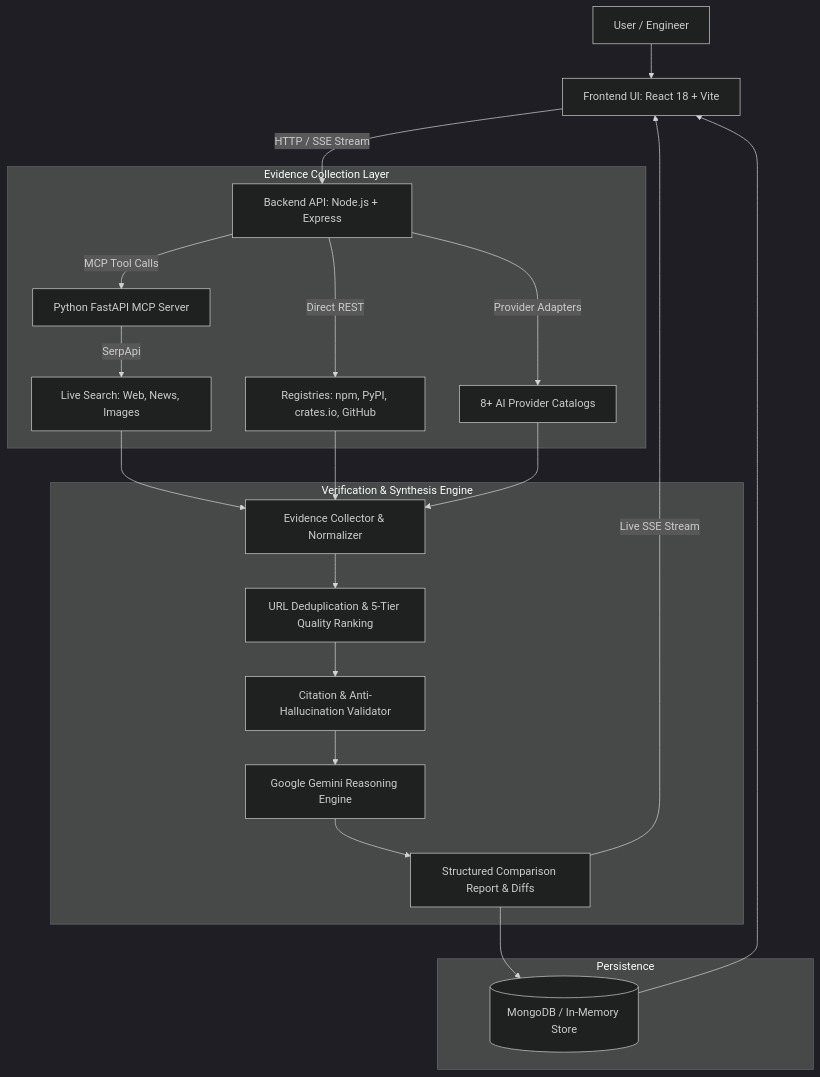
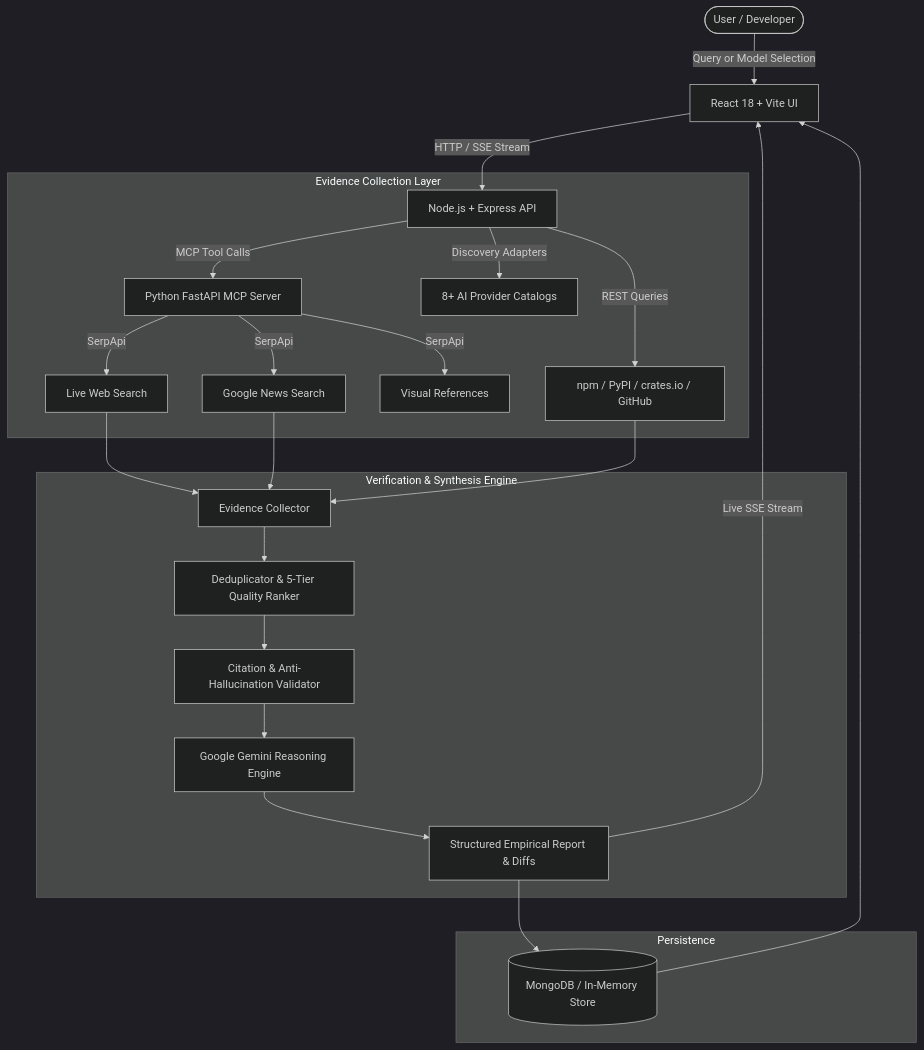
The diagram in README.md (SyedAman1907/Library_Lens), drawn with Mermaid (dark theme) before and after one commit. The commit also changed other lines of this file and 107 other files, not shown here.

````diff
--- a/README.md
+++ b/README.md
@@ -114,27 +57,29 @@
 ```mermaid
 flowchart TD
-    U[User / Engineer] --> F[Frontend UI: React 18 + Vite]
-    F -->|HTTP / SSE Stream| B[Backend API: Node.js + Express]
-    
-    subgraph Evidence_Layer [Evidence Collection Layer]
-        B -->|MCP Tool Calls| M[Python FastAPI MCP Server]
-        M -->|SerpApi| S[Live Search: Web, News, Images]
-        B -->|Direct REST| R[Registries: npm, PyPI, crates.io, GitHub]
-        B -->|Provider Adapters| P[8+ AI Provider Catalogs]
+    User([User / Developer]) -->|Query or Model Selection| Frontend[React 18 + Vite UI]
+    Frontend -->|HTTP / SSE Stream| Backend[Node.js + Express API]
+
+    subgraph Evidence_Layer ["Evidence Collection Layer"]
+        Backend -->|MCP Tool Calls| MCP[Python FastAPI MCP Server]
+        MCP -->|SerpApi| WebSearch[Live Web Search]
+        MCP -->|SerpApi| NewsSearch[Google News Search]
+        MCP -->|SerpApi| ImageSearch[Visual References]
+        Backend -->|REST Queries| Registries[npm / PyPI / crates.io / GitHub]
+        Backend -->|Discovery Adapters| Providers[8+ AI Provider Catalogs]
     end
 
-    subgraph Synthesis_Engine [Verification & Synthesis Engine]
-        S & R & P --> E[Evidence Collector & Normalizer]
-        E --> D[URL Deduplication & 5-Tier Quality Ranking]
-        D --> V[Citation & Anti-Hallucination Validator]
-        V --> G[Google Gemini Reasoning Engine]
-        G --> O[Structured Comparison Report & Diffs]
+    subgraph Synthesis_Engine ["Verification & Synthesis Engine"]
+        WebSearch & NewsSearch & Registries --> Collector[Evidence Collector]
+        Collector --> Ranker[Deduplicator & 5-Tier Quality Ranker]
+        Ranker --> Validator[Citation & Anti-Hallucination Validator]
+        Validator --> Gemini[Google Gemini Reasoning Engine]
+        Gemini --> ReportGen[Structured Empirical Report & Diffs]
     end
 
-    subgraph Storage [Persistence]
-        O --> DB[(MongoDB / In-Memory Store)]
+    subgraph Storage ["Persistence"]
+        ReportGen --> DB[(MongoDB / In-Memory Store)]
     end
 
-    DB --> F
-    O -->|Live SSE Stream| F
+    DB --> Frontend
+    ReportGen -->|Live SSE Stream| Frontend
 ```
````
